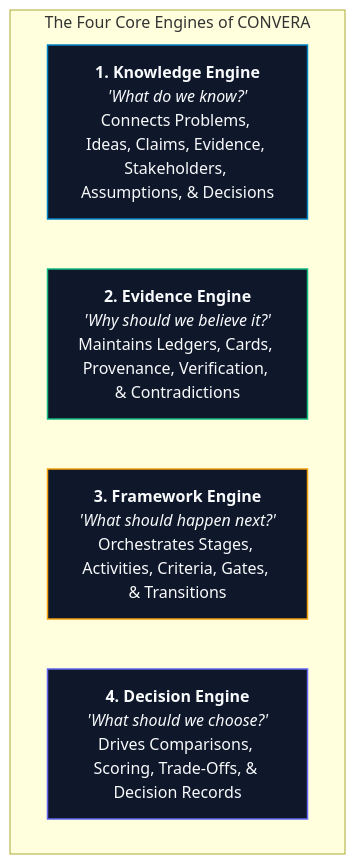
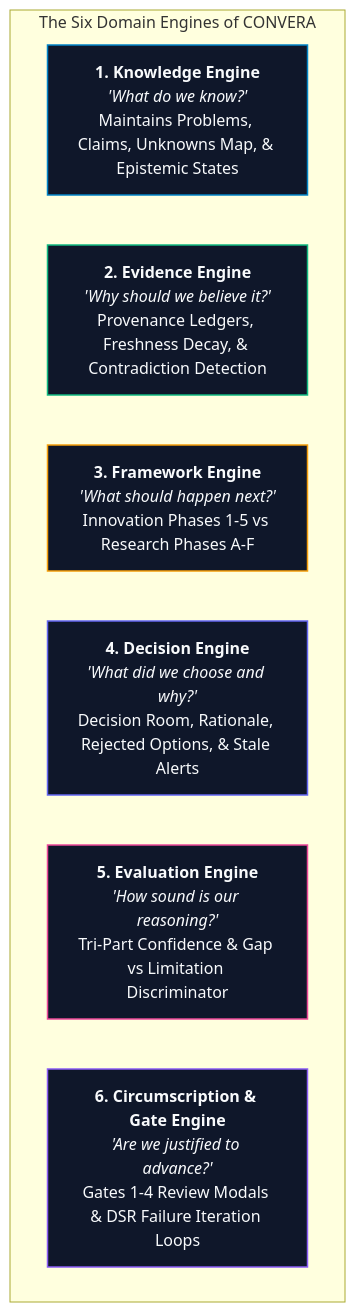
The first of 3 diagrams in docs/CONVERA_MASTER_ARCHITECTURE.md (markalvincadangin/CONVERA), drawn with Mermaid before and after one commit. The commit also changed other lines of this file and 1 other file, not shown here.

First line of the commit message:
docs(architecture): synchronize Master Architecture and CIIA with implemented reality

````diff
--- a/docs/CONVERA_MASTER_ARCHITECTURE.md
+++ b/docs/CONVERA_MASTER_ARCHITECTURE.md
@@ -227,14 +178,18 @@
 ```mermaid
 graph TD
-    subgraph CoreEngines["The Four Core Engines of CONVERA"]
-        KE["<b>1. Knowledge Engine</b><br/><i>'What do we know?'</i><br/>Connects Problems, Ideas, Claims, Evidence, Stakeholders, Assumptions, & Decisions"]
-        EE["<b>2. Evidence Engine</b><br/><i>'Why should we believe it?'</i><br/>Maintains Ledgers, Cards, Provenance, Verification, & Contradictions"]
-        FE["<b>3. Framework Engine</b><br/><i>'What should happen next?'</i><br/>Orchestrates Stages, Activities, Criteria, Gates, & Transitions"]
-        DE["<b>4. Decision Engine</b><br/><i>'What should we choose?'</i><br/>Drives Comparisons, Scoring, Trade-Offs, & Decision Records"]
+    subgraph CoreEngines["The Six Domain Engines of CONVERA"]
+        KE["<b>1. Knowledge Engine</b><br/><i>'What do we know?'</i><br/>Maintains Problems, Claims, Unknowns Map, & Epistemic States"]
+        EE["<b>2. Evidence Engine</b><br/><i>'Why should we believe it?'</i><br/>Provenance Ledgers, Freshness Decay, & Contradiction Detection"]
+        FE["<b>3. Framework Engine</b><br/><i>'What should happen next?'</i><br/>Innovation Phases 1-5 vs Research Phases A-F"]
+        DE["<b>4. Decision Engine</b><br/><i>'What did we choose and why?'</i><br/>Decision Room, Rationale, Rejected Options, & Stale Alerts"]
+        EVAL["<b>5. Evaluation Engine</b><br/><i>'How sound is our reasoning?'</i><br/>Tri-Part Confidence & Gap vs Limitation Discriminator"]
+        GOV["<b>6. Circumscription & Gate Engine</b><br/><i>'Are we justified to advance?'</i><br/>Gates 1-4 Review Modals & DSR Failure Iteration Loops"]
     end
     
     style KE fill:#0f172a,stroke:#0284c7,stroke-width:1.5px,color:#f8fafc
     style EE fill:#0f172a,stroke:#10b981,stroke-width:1.5px,color:#f8fafc
     style FE fill:#0f172a,stroke:#f59e0b,stroke-width:1.5px,color:#f8fafc
     style DE fill:#0f172a,stroke:#6366f1,stroke-width:1.5px,color:#f8fafc
+    style EVAL fill:#0f172a,stroke:#ec4899,stroke-width:1.5px,color:#f8fafc
+    style GOV fill:#0f172a,stroke:#8b5cf6,stroke-width:1.5px,color:#f8fafc
 ```
````
